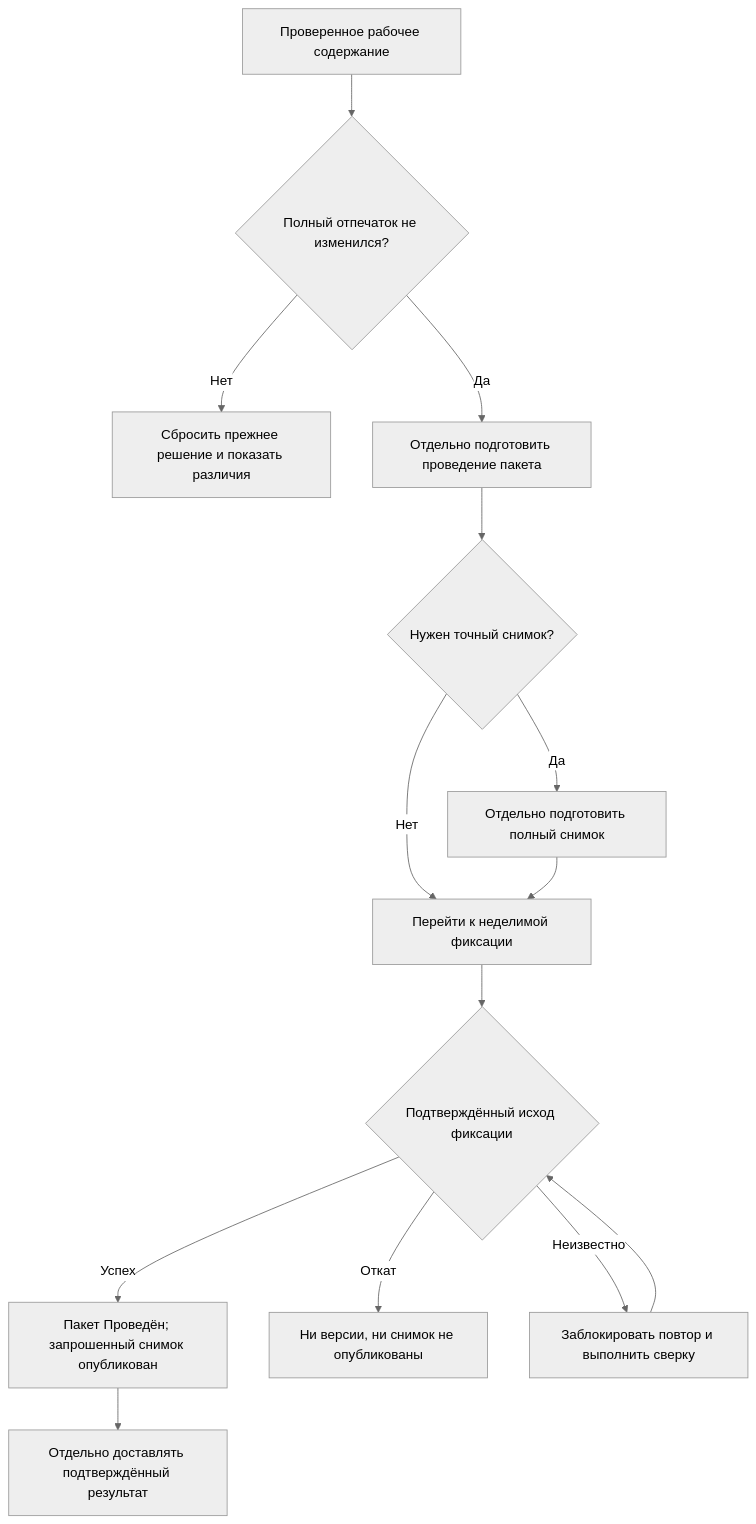
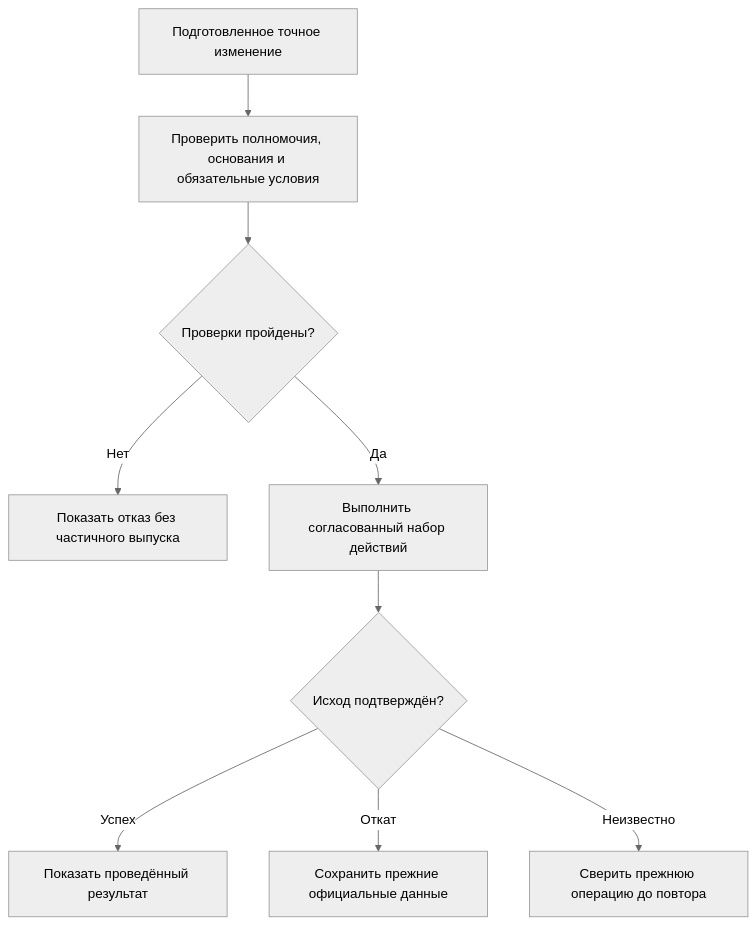
One commit to ZelAnton/Interlink-product-book changed the second of 2 diagrams in wiki/How-system-works.md. Above: the diagram before and after it, drawn with Mermaid (neutral theme). The commit also changed other lines of this file and 231 other files, not shown here.

````diff
--- a/wiki/How-system-works.md
+++ b/wiki/How-system-works.md
@@ -233,16 +117,11 @@
 ```mermaid
 flowchart TD
-    A["Проверенное рабочее содержание"] --> B{"Полный отпечаток не изменился?"}
-    B -->|"Нет"| C["Сбросить прежнее решение и показать различия"]
-    B -->|"Да"| D["Отдельно подготовить проведение пакета"]
-    D --> E{"Нужен точный снимок?"}
-    E -->|"Да"| F["Отдельно подготовить полный снимок"]
-    E -->|"Нет"| G["Перейти к неделимой фиксации"]
-    F --> G
-    G --> H{"Подтверждённый исход фиксации"}
-    H -->|"Успех"| I["Пакет Проведён; запрошенный снимок опубликован"]
-    H -->|"Откат"| J["Ни версии, ни снимок не опубликованы"]
-    H -->|"Неизвестно"| K["Заблокировать повтор и выполнить сверку"]
-    K --> H
-    I --> L["Отдельно доставлять подтверждённый результат"]
+    A["Подготовленное точное изменение"] --> B["Проверить полномочия, основания и обязательные условия"]
+    B --> C{"Проверки пройдены?"}
+    C -->|"Нет"| D["Показать отказ без частичного выпуска"]
+    C -->|"Да"| E["Выполнить согласованный набор действий"]
+    E --> F{"Исход подтверждён?"}
+    F -->|"Успех"| G["Показать проведённый результат"]
+    F -->|"Откат"| H["Сохранить прежние официальные данные"]
+    F -->|"Неизвестно"| I["Сверить прежнюю операцию до повтора"]
 ```
````
